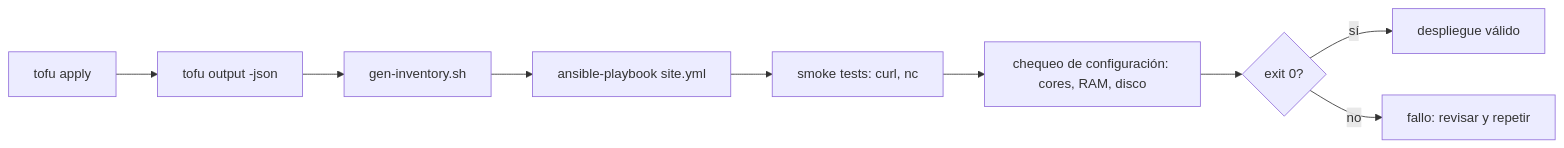
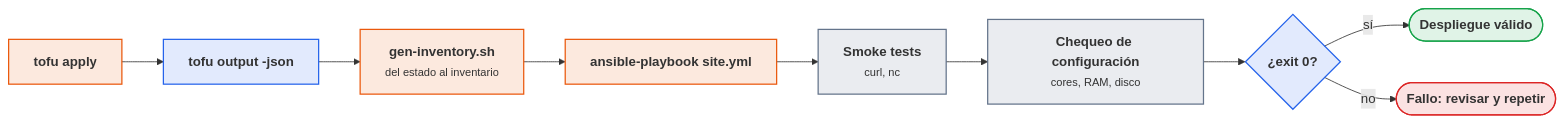
Before and after one commit to victor-educ/apuntes-5166: the sixth of 6 diagrams in docs/ut/ut5-iac.md, drawn with Mermaid. The commit also changed other lines of this file and 12 other files, not shown here.

First line of the commit message:
Temporalización definitiva, gramática visual y diagramas en todas las unidades

````diff
--- a/docs/ut/ut5-iac.md
+++ b/docs/ut/ut5-iac.md
@@ -769,11 +871,21 @@
 ```mermaid
 flowchart LR
-    T[tofu apply] --> O[tofu output -json]
-    O --> I[gen-inventory.sh]
-    I --> A[ansible-playbook site.yml]
-    A --> S["smoke tests: curl, nc"]
-    S --> C["chequeo de configuración: cores, RAM, disco"]
-    C --> R{"exit 0?"}
-    R -- sí --> OK[despliegue válido]
-    R -- no --> KO[fallo: revisar y repetir]
+    T["<b>tofu apply</b>"]:::act
+    O["<b>tofu output -json</b>"]:::dato
+    I["<b>gen-inventory.sh</b><br><small>del estado al inventario</small>"]:::act
+    A["<b>ansible-playbook site.yml</b>"]:::act
+    S["<b>Smoke tests</b><br><small>curl, nc</small>"]:::pieza
+    C["<b>Chequeo de configuración</b><br><small>cores, RAM, disco</small>"]:::pieza
+    R{"<b>¿exit 0?</b>"}:::dato
+    OK(["<b>Despliegue válido</b>"]):::ok
+    KO(["<b>Fallo: revisar y repetir</b>"]):::riesgo
+    T --> O --> I --> A --> S --> C --> R
+    R -- sí --> OK
+    R -- no --> KO
+    classDef act fill:#ea580c22,stroke:#ea580c,stroke-width:1.5px
+    classDef pieza fill:#64748b22,stroke:#64748b,stroke-width:1.5px
+    classDef dato fill:#2563eb22,stroke:#2563eb,stroke-width:1.5px
+    classDef infra fill:#a1a1aa14,stroke:#a1a1aa,stroke-width:1.5px
+    classDef ok fill:#16a34a22,stroke:#16a34a,stroke-width:1.5px
+    classDef riesgo fill:#dc262622,stroke:#dc2626,stroke-width:1.5px
 ```
````
